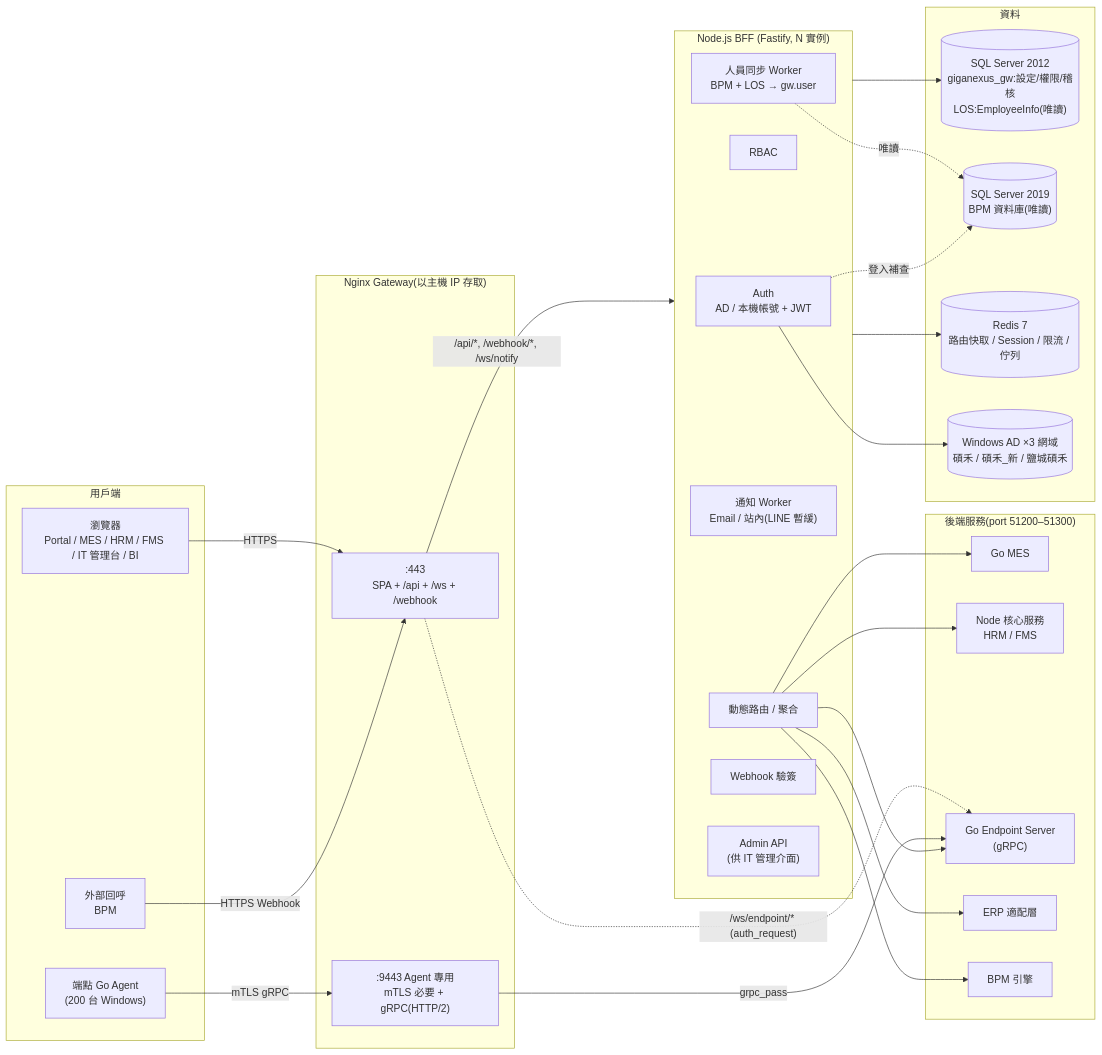
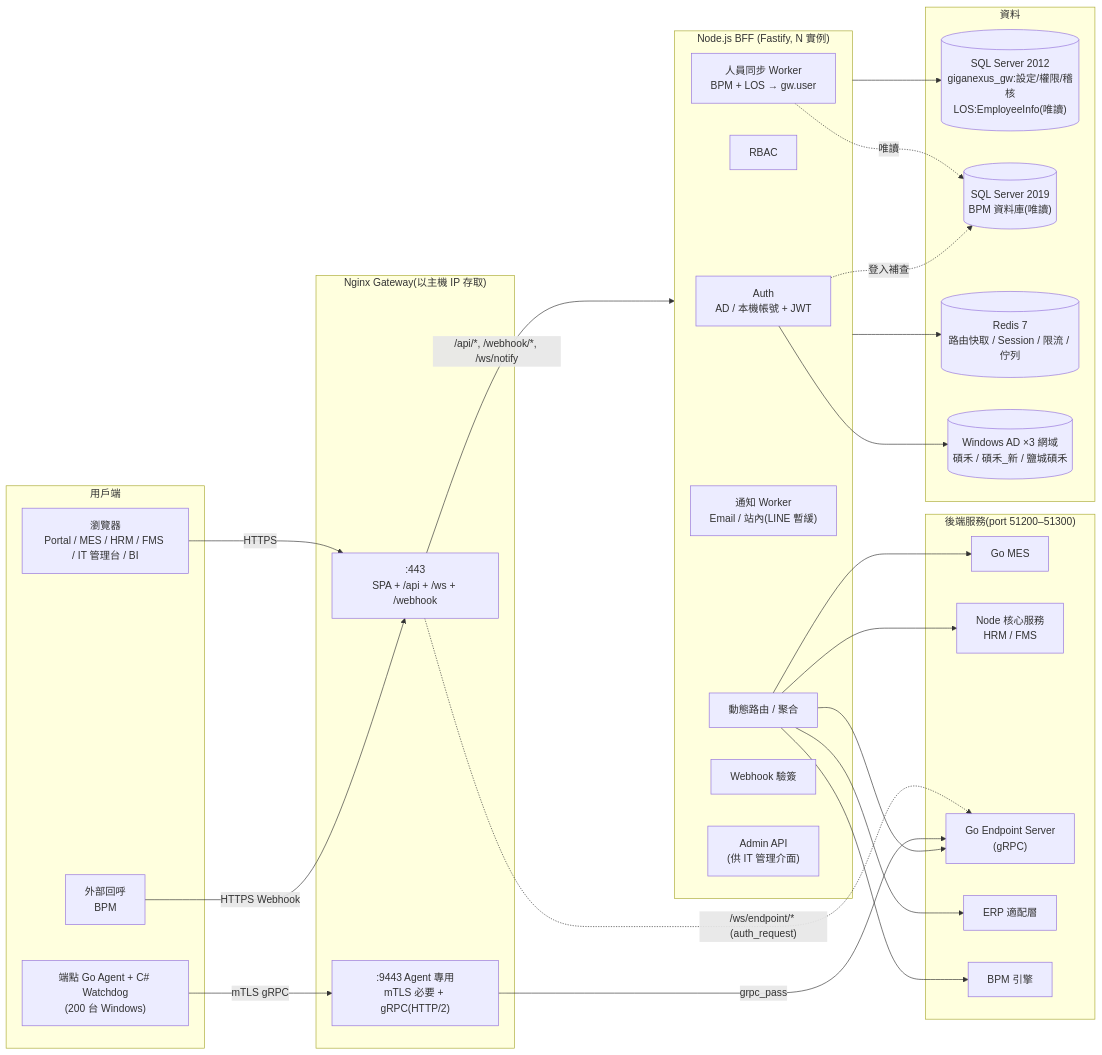
Before and after one commit to WeiWeicode/giga-api-gateway-bff: the diagram in docs/ARCHITECTURE.md, drawn with Mermaid. The commit also changed other lines of this file and 10 other files, not shown here.

````diff
--- a/docs/ARCHITECTURE.md
+++ b/docs/ARCHITECTURE.md
@@ -10,50 +10,50 @@
 ```mermaid
 flowchart LR
     subgraph Clients ["用戶端"]
         B["瀏覽器<br/>Portal / MES / HRM / FMS / IT 管理台 / BI"]
-        A["端點 Go Agent<br/>(200 台 Windows)"]
+        A["端點 Go Agent + C# Watchdog<br/>(200 台 Windows)"]
         X["外部回呼<br/>BPM"]
     end
 
     subgraph GW ["Nginx Gateway(以主機 IP 存取)"]
         N1[":443<br/>SPA + /api + /ws + /webhook"]
         N2[":9443 Agent 專用<br/>mTLS 必要 + gRPC(HTTP/2)"]
     end
 
     subgraph BFFZ ["Node.js BFF (Fastify, N 實例)"]
         AUTH["Auth<br/>AD / 本機帳號 + JWT"]
         RBAC["RBAC"]
         ROUTER["動態路由 / 聚合"]
         NOTI["通知 Worker<br/>Email / 站內(LINE 暫緩)"]
         SYNC["人員同步 Worker<br/>BPM + LOS → gw.user"]
         WH["Webhook 驗簽"]
         ADM["Admin API<br/>(供 IT 管理介面)"]
     end
 
     subgraph SVC ["後端服務(port 51200–51300)"]
         MES["Go MES"]
         CORE["Node 核心服務<br/>HRM / FMS"]
         EP["Go Endpoint Server<br/>(gRPC)"]
         ERP["ERP 適配層"]
         BPM["BPM 引擎"]
     end
 
     subgraph DATA ["資料"]
         SQL[("SQL Server 2012<br/>giganexus_gw:設定/權限/稽核<br/>LOS:EmployeeInfo(唯讀)")]
         BPMDB[("SQL Server 2019<br/>BPM 資料庫(唯讀)")]
         R[("Redis 7<br/>路由快取 / Session / 限流 / 佇列")]
         AD[("Windows AD ×3 網域<br/>碩禾 / 碩禾_新 / 鹽城碩禾")]
     end
 
     B -->|HTTPS| N1
     A -->|mTLS gRPC| N2
     X -->|HTTPS Webhook| N1
     N1 -->|"/api/*, /webhook/*, /ws/notify"| BFFZ
     N1 -.->|"/ws/endpoint/* (auth_request)"| EP
     N2 -->|grpc_pass| EP
     ROUTER --> MES & CORE & ERP & BPM & EP
     AUTH --> AD
     SYNC -.->|唯讀| BPMDB
     AUTH -.->|登入補查| BPMDB
     BFFZ --> SQL & R
 ```
````
